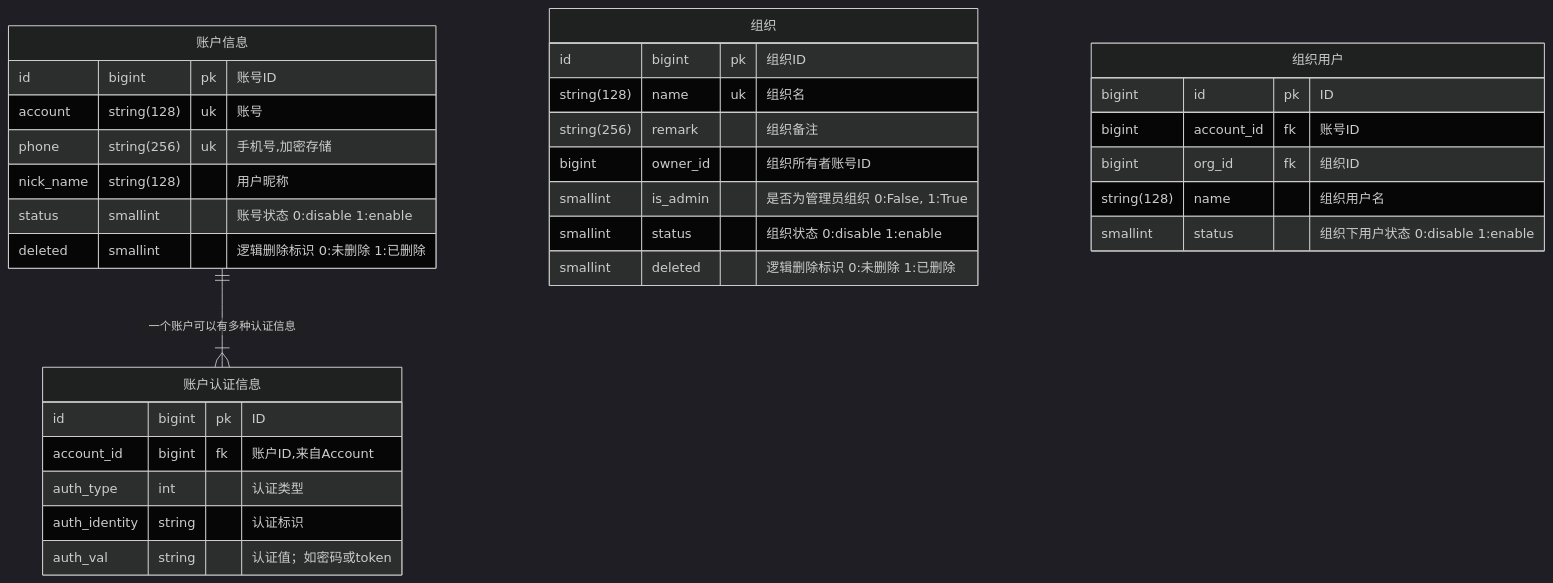
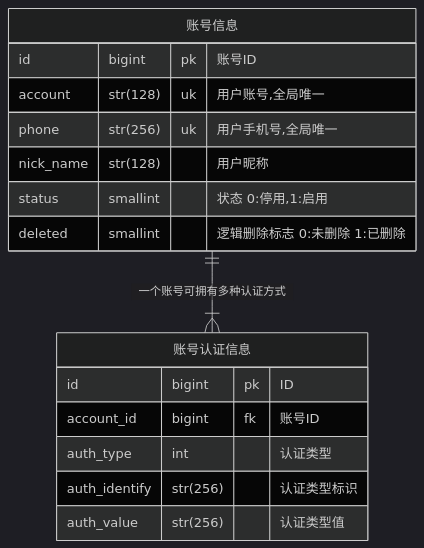
The diagram in README.md (joestarhu/OneAPI), drawn with Mermaid (dark theme) before and after one commit. The commit also changed other lines of this file and 1 other file, not shown here.

Commit message:
remove service base.py

````diff
--- a/README.md
+++ b/README.md
@@ -8,39 +8,21 @@
 ```mermaid
 erDiagram
-a["账户信息"]{
+a["账号信息"]{
 	id bigint pk "账号ID"
-	account string(128) uk "账号"
-	phone string(256) uk "手机号,加密存储"
-	nick_name string(128) "用户昵称"
-	status smallint "账号状态 0:disable 1:enable"
-	deleted smallint "逻辑删除标识 0:未删除 1:已删除" 
+	account str(128) uk "用户账号,全局唯一"
+	phone str(256) uk "用户手机号,全局唯一"
+	nick_name str(128) "用户昵称"
+	status smallint "状态 0:停用,1:启用"
+	deleted smallint "逻辑删除标志 0:未删除 1:已删除"
 }
 
-b["账户认证信息"]{
+b["账号认证信息"]{
 	id bigint pk "ID"
-	account_id bigint fk "账户ID,来自Account"
+	account_id bigint fk "账号ID"
 	auth_type int "认证类型"
-	auth_identity string "认证标识"
-	auth_val string "认证值；如密码或token"
+	auth_identify str(256) "认证类型标识"
+	auth_value str(256) "认证类型值"
 }
 
-c["组织"]{
-	id bigint pk "组织ID"
-	string(128) name uk "组织名"
-	string(256) remark "组织备注"
-	bigint owner_id "组织所有者账号ID"
-	smallint is_admin "是否为管理员组织 0:False, 1:True"
-	smallint status "组织状态 0:disable 1:enable"
-	smallint deleted "逻辑删除标识 0:未删除 1:已删除" 
-} 
-
-d["组织用户"]{
-	bigint id pk "ID"
-	bigint account_id fk "账号ID"
-	bigint org_id fk "组织ID"
-	string(128) name "组织用户名"
-	smallint status "组织下用户状态 0:disable 1:enable"	
-}
-
-a || -- |{ b : "一个账户可以有多种认证信息"
+a || -- |{b : "一个账号可拥有多种认证方式"
 ```
````
